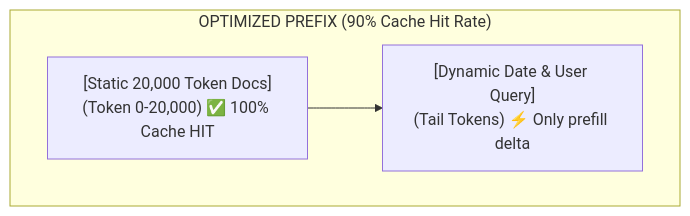
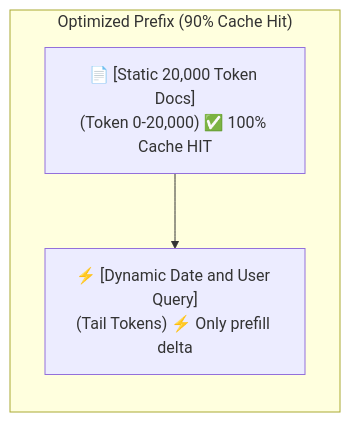
The fourth of 15 diagrams in resources/beginner-mistakes-cheatsheet.md (dip4k/senior-engineer-to-ai-engineer-roadmap), drawn with Mermaid before and after one commit. The commit also changed other lines of this file and 94 other files, not shown here.

Commit message:
refactor(curriculum): complete Phase 04 upgrade and enforce diagram renderer invariants

````diff
--- a/resources/beginner-mistakes-cheatsheet.md
+++ b/resources/beginner-mistakes-cheatsheet.md
@@ -273,7 +270,6 @@
 ```mermaid
 flowchart LR
-    subgraph CleanCache["OPTIMIZED PREFIX (90% Cache Hit Rate)"]
-        direction LR
-        C1["[Static 20,000 Token Docs]\n(Token 0-20,000) ✅ 100% Cache HIT"] --> C2["[Dynamic Date & User Query]\n(Tail Tokens) ⚡ Only prefill delta"]
+    subgraph CleanCache["Optimized Prefix (90% Cache Hit)"]
+        C1["📄 [Static 20,000 Token Docs]\n(Token 0-20,000) ✅ 100% Cache HIT"] --> C2["⚡ [Dynamic Date and User Query]\n(Tail Tokens) ⚡ Only prefill delta"]
     end
 ```
````
